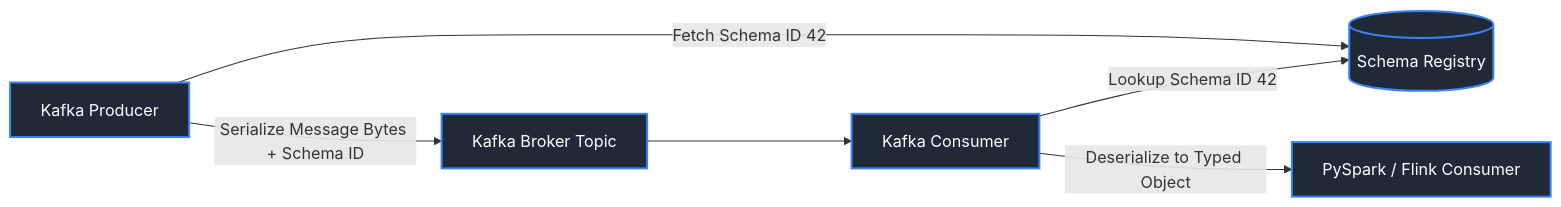
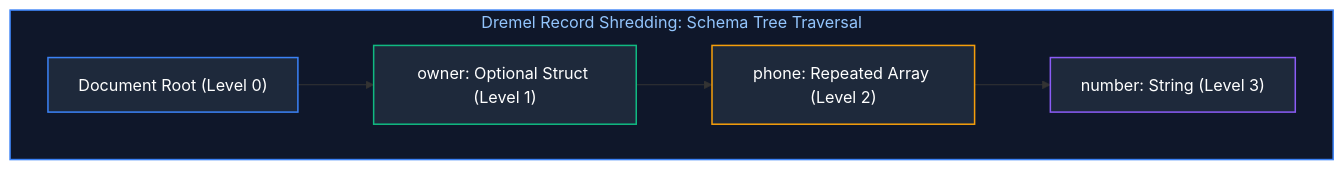
One commit to joydeep-biswas/Interview-Preparation changed the fourth of 11 diagrams in Data Engineering/07_file_formats_and_storage.md. Above: the diagram before and after it, drawn with Mermaid. The commit also changed other lines of this file and 143 other files, not shown here.

````diff
--- a/Data Engineering/07_file_formats_and_storage.md
+++ b/Data Engineering/07_file_formats_and_storage.md
@@ -269,14 +286,17 @@
 ```mermaid
-flowchart LR
-    Producer[Kafka Producer] -->|Fetch Schema ID 42| SR[(Schema Registry)]
-    Producer -->|Serialize Message Bytes + Schema ID| Broker[Kafka Broker Topic]
-    Broker --> Consumer[Kafka Consumer]
-    Consumer -->|Lookup Schema ID 42| SR
-    Consumer -->|Deserialize to Typed Object| Pipeline[PySpark / Flink Consumer]
+flowchart TD
+    subgraph DremelShredding ["Dremel Record Shredding: Schema Tree Traversal"]
+        Doc["Document Root (Level 0)"]
+        Owner["owner: Optional Struct (Level 1)"]
+        PhoneList["phone: Repeated Array (Level 2)"]
+        Number["number: String (Level 3)"]
 
-    style Producer fill:#1f2937,stroke:#3b82f6,stroke-width:2px,color:#fff
-    style SR fill:#1f2937,stroke:#3b82f6,stroke-width:2px,color:#fff
-    style Broker fill:#1f2937,stroke:#3b82f6,stroke-width:2px,color:#fff
-    style Consumer fill:#1f2937,stroke:#3b82f6,stroke-width:2px,color:#fff
-    style Pipeline fill:#1f2937,stroke:#3b82f6,stroke-width:2px,color:#fff
+        Doc --> Owner --> PhoneList --> Number
+    end
+
+    style DremelShredding fill:#0f172a,stroke:#3b82f6,stroke-width:1.5px,color:#93c5fd
+    style Doc fill:#1e293b,stroke:#3b82f6,stroke-width:1.5px,color:#fff
+    style Owner fill:#1e293b,stroke:#10b981,stroke-width:1.5px,color:#fff
+    style PhoneList fill:#1e293b,stroke:#f59e0b,stroke-width:1.5px,color:#fff
+    style Number fill:#1e293b,stroke:#8b5cf6,stroke-width:1.5px,color:#fff
 ```
````
